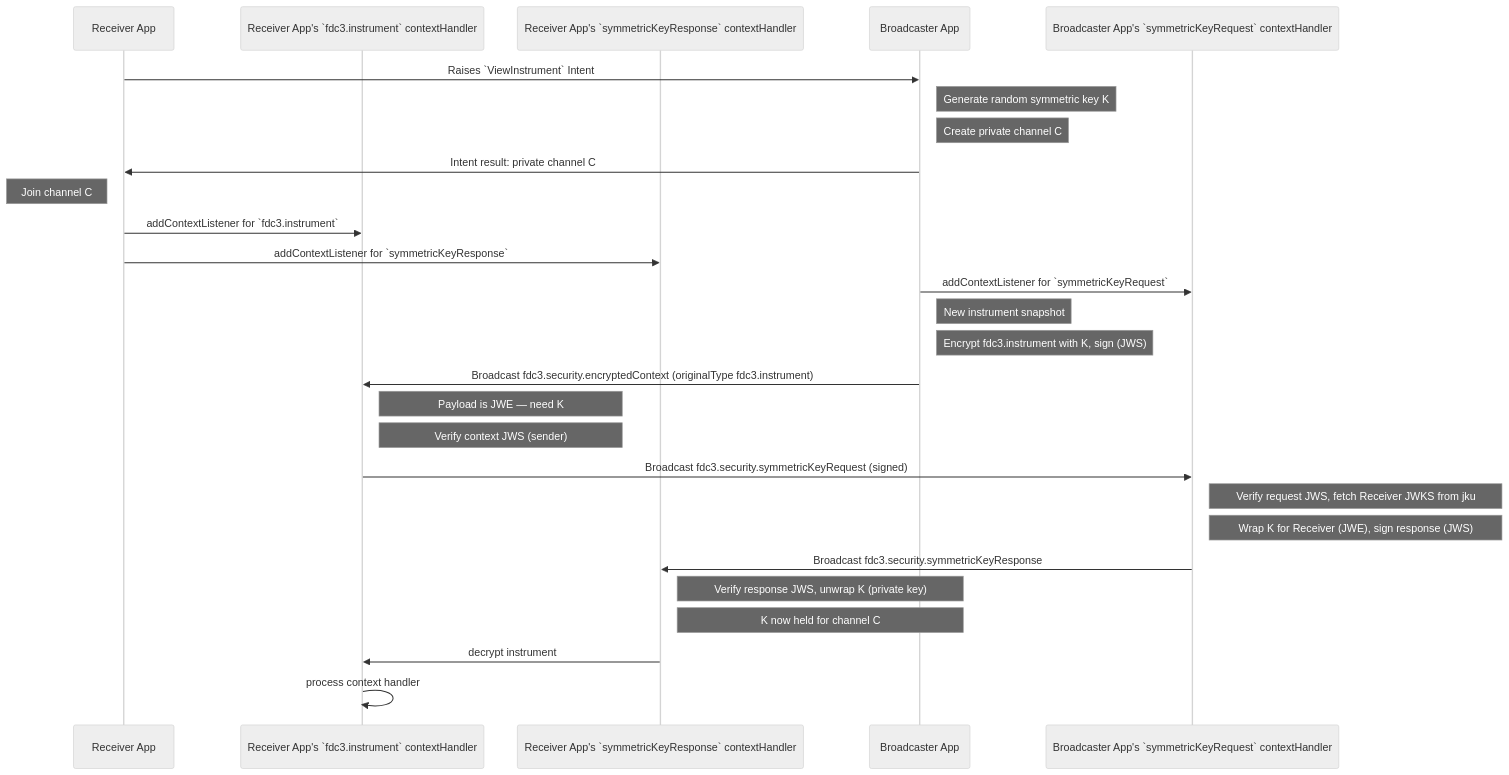
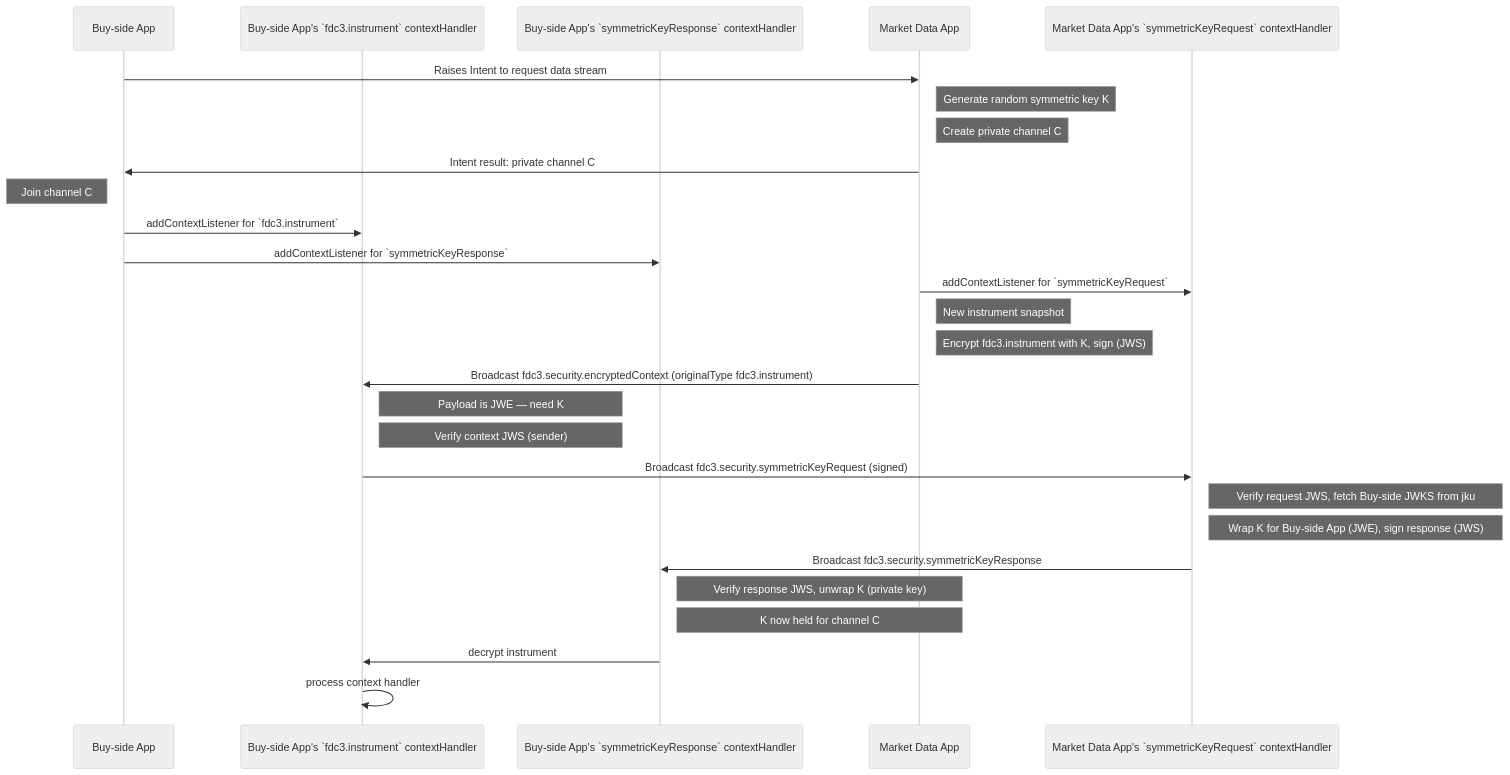
One commit to finos/FDC3 changed the fourth of 5 diagrams in website/docs/api/security.md. Above: the diagram before and after it, drawn with Mermaid (neutral theme). The commit also changed other lines of this file and 3 other files, not shown here.

````diff
--- a/website/docs/api/security.md
+++ b/website/docs/api/security.md
@@ -436,29 +464,29 @@
 ```mermaid
 sequenceDiagram
-    participant Rx as Receiver App
-    participant RxCtx as Receiver App's `fdc3.instrument` contextHandler
-    participant RxKey as Receiver App's `symmetricKeyResponse` contextHandler
-    participant Sx as Broadcaster App
-    participant SxReq as Broadcaster App's `symmetricKeyRequest` contextHandler
-    Rx->>Sx: Raises `ViewInstrument` Intent
+    participant Rx as Buy-side App
+    participant RxCtx as Buy-side App's `fdc3.instrument` contextHandler
+    participant RxKey as Buy-side App's `symmetricKeyResponse` contextHandler
+    participant Sx as Market Data App
+    participant SxReq as Market Data App's `symmetricKeyRequest` contextHandler
+    Rx->>Sx: Raises Intent to request data stream
     note right of Sx: Generate random symmetric key K
     note right of Sx: Create private channel C
     Sx->>Rx: Intent result: private channel C
     note left of Rx: Join channel C
     Rx->>RxCtx: addContextListener for `fdc3.instrument`
     Rx->>RxKey: addContextListener for `symmetricKeyResponse`
     Sx->>SxReq: addContextListener for `symmetricKeyRequest`
     note right of Sx: New instrument snapshot
     note right of Sx: Encrypt fdc3.instrument with K, sign (JWS)
     Sx->>RxCtx: Broadcast fdc3.security.encryptedContext (originalType fdc3.instrument)
     note right of RxCtx: Payload is JWE — need K
     note right of RxCtx: Verify context JWS (sender)
     RxCtx->>SxReq: Broadcast fdc3.security.symmetricKeyRequest (signed)
-    note right of SxReq: Verify request JWS, fetch Receiver JWKS from jku
-    note right of SxReq: Wrap K for Receiver (JWE), sign response (JWS)
+    note right of SxReq: Verify request JWS, fetch Buy-side JWKS from jku
+    note right of SxReq: Wrap K for Buy-side App (JWE), sign response (JWS)
     SxReq->>RxKey: Broadcast fdc3.security.symmetricKeyResponse
     note right of RxKey: Verify response JWS, unwrap K (private key)
     note right of RxKey: K now held for channel C
     RxKey->>RxCtx: decrypt instrument
     RxCtx->>RxCtx: process context handler
 ```
````
